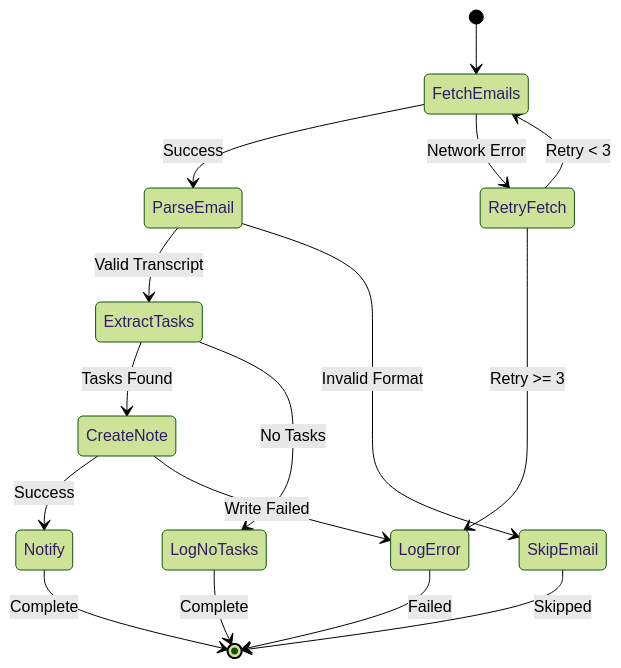
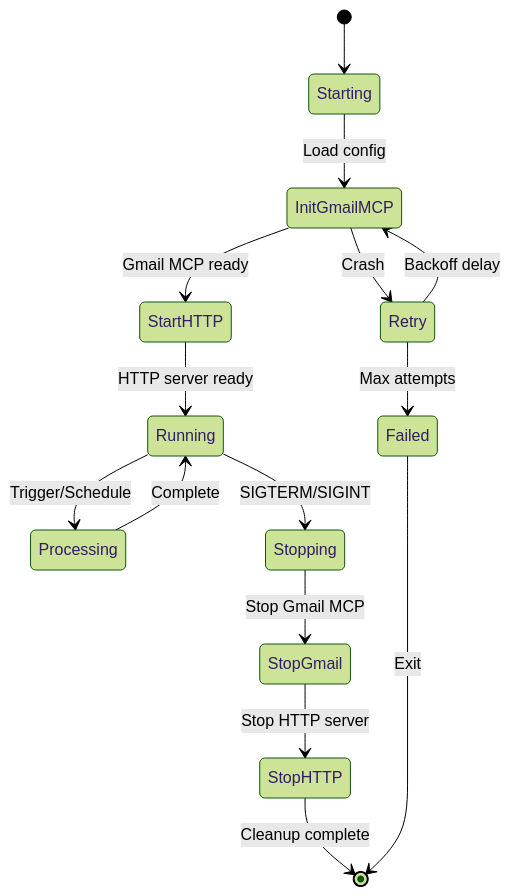
The third of 3 diagrams in docs/system-architecture.md (jimallen/TasksAgent), drawn with Mermaid (forest theme) before and after one commit. The commit also changed other lines of this file and 6 other files, not shown here.

First line of the commit message:
docs: comprehensive documentation update for unified daemon architecture

````diff
--- a/docs/system-architecture.md
+++ b/docs/system-architecture.md
@@ -337,22 +179,20 @@
 ```mermaid
 stateDiagram-v2
-    [*] --> FetchEmails
-    FetchEmails --> ParseEmail: Success
-    FetchEmails --> RetryFetch: Network Error
-    RetryFetch --> FetchEmails: Retry < 3
-    RetryFetch --> LogError: Retry >= 3
+    [*] --> Starting
+    Starting --> InitGmailMCP: Load config
+    InitGmailMCP --> StartHTTP: Gmail MCP ready
+    StartHTTP --> Running: HTTP server ready
     
-    ParseEmail --> ExtractTasks: Valid Transcript
-    ParseEmail --> SkipEmail: Invalid Format
+    Running --> Processing: Trigger/Schedule
+    Processing --> Running: Complete
     
-    ExtractTasks --> CreateNote: Tasks Found
-    ExtractTasks --> LogNoTasks: No Tasks
+    Running --> Stopping: SIGTERM/SIGINT
+    Stopping --> StopGmail: Stop Gmail MCP
+    StopGmail --> StopHTTP: Stop HTTP server
+    StopHTTP --> [*]: Cleanup complete
     
-    CreateNote --> Notify: Success
-    CreateNote --> LogError: Write Failed
-    
-    Notify --> [*]: Complete
-    LogError --> [*]: Failed
-    LogNoTasks --> [*]: Complete
-    SkipEmail --> [*]: Skipped
+    InitGmailMCP --> Retry: Crash
+    Retry --> InitGmailMCP: Backoff delay
+    Retry --> Failed: Max attempts
+    Failed --> [*]: Exit
 ```
````
